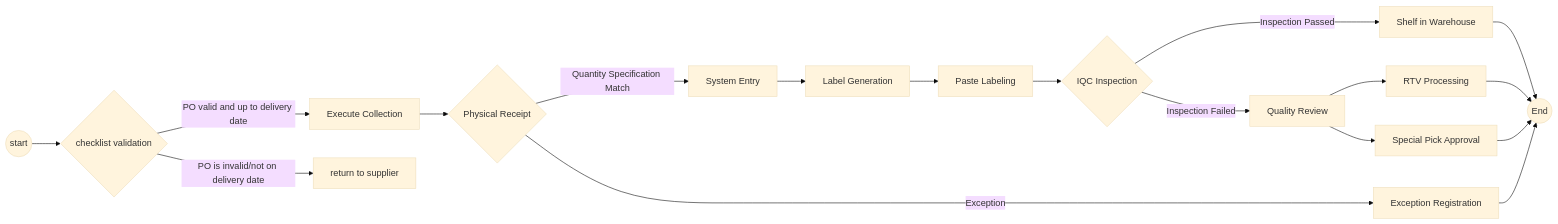
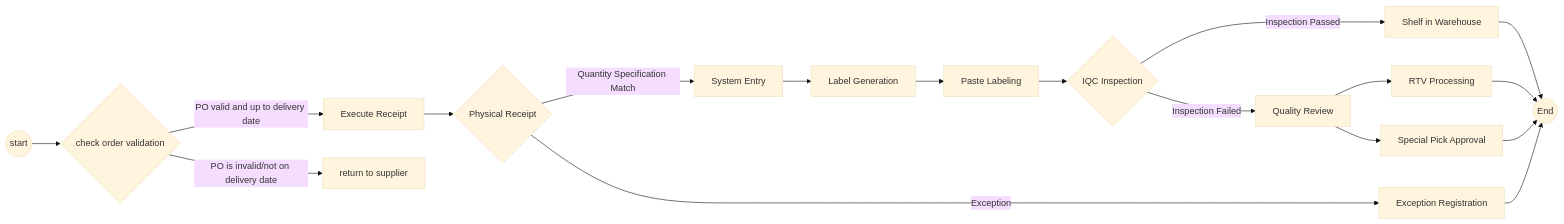
The diagram in files/Material Receiving_EN.md (dlelyw/VTX_6501), drawn with Mermaid (base theme) before and after one commit. The commit also changed other lines of this file and 14 other files, not shown here.

````diff
--- a/files/Material Receiving_EN.md
+++ b/files/Material Receiving_EN.md
@@ -7,20 +5,20 @@
 ```mermaid
 flowchart LR
-    A((start)) --> B{checklist validation}
-    B --> |PO valid and up to delivery date | C[Execute Collection]
+    A((start)) --> B{check order validation}
+    B --> |PO valid and up to delivery date | C[Execute Receipt]
     B --> |PO is invalid/not on delivery date | D[return to supplier]
     C --> E{Physical Receipt}
     E -->|Quantity Specification Match| F[System Entry]
     E -->|Exception | G[Exception Registration]
     F --> H[Label Generation]
     H --> I[Paste Labeling]
     I --> J{IQC Inspection}
-    J --> |Inspection Passed | K[Shelf in Warehouse]
+    J --> |Inspection Passed| K[Shelf in Warehouse]
     J --> |Inspection Failed| L[Quality Review]
     L --> M[RTV Processing]
     L --> N[Special Pick Approval]
     K --> O((End))
     M --> O
     N --> O
     G --> O
 ```
````
